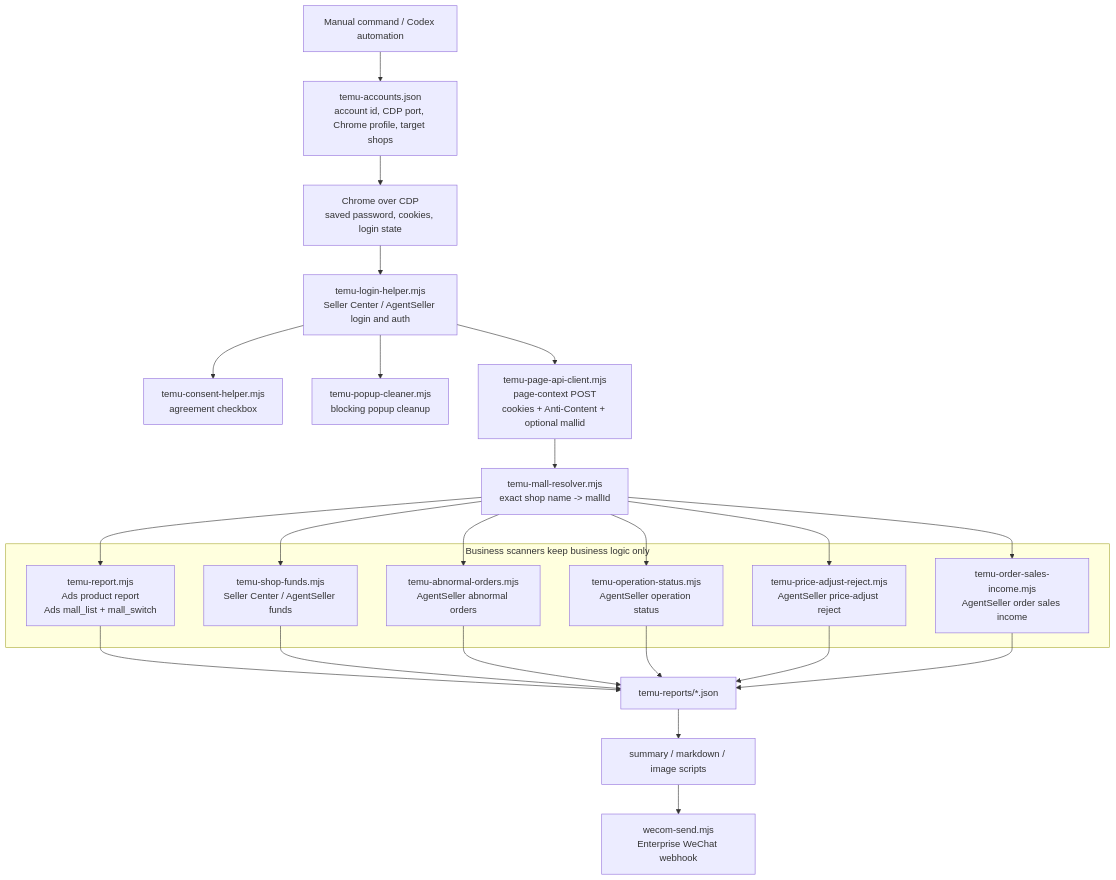
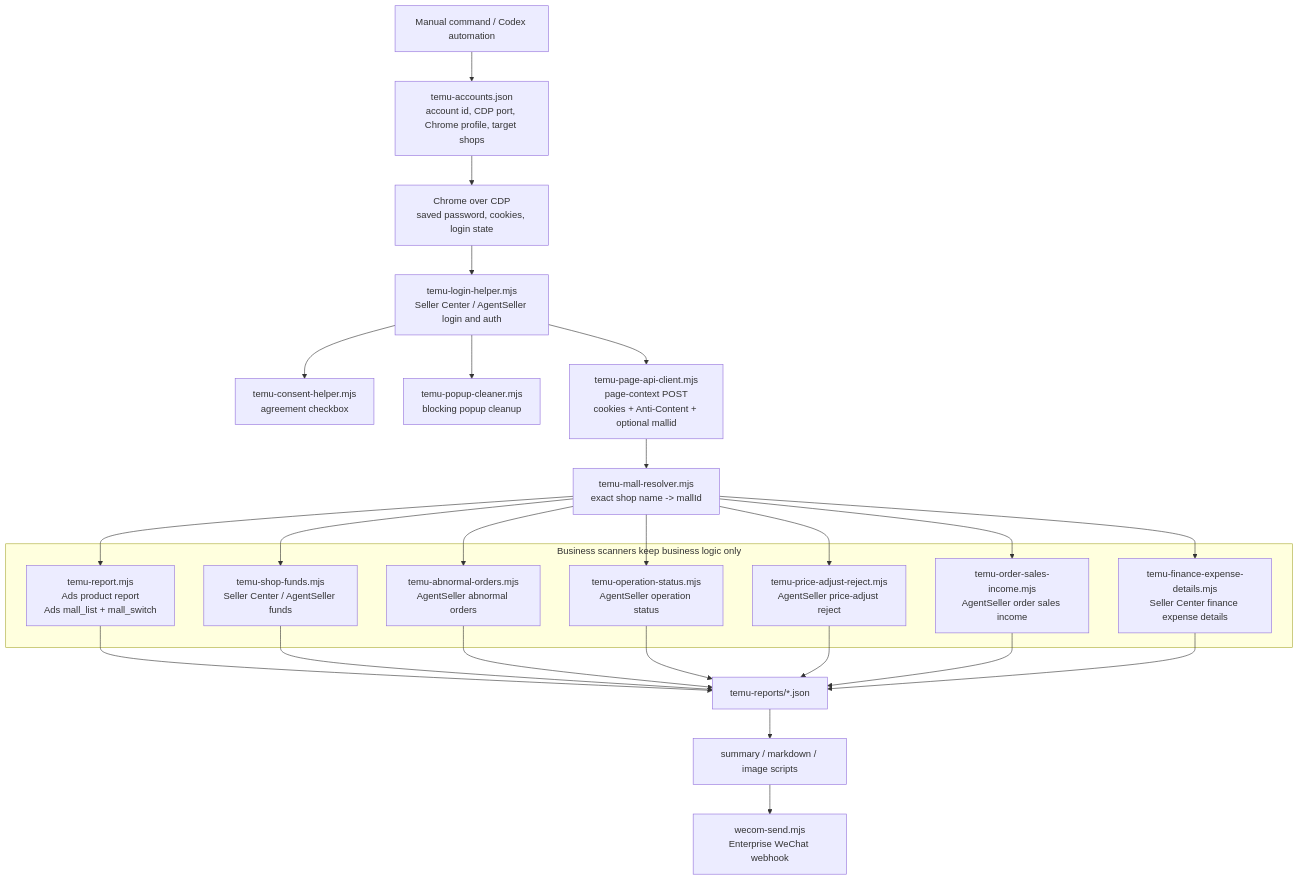
One commit to vurelee/ReportDaily changed the diagram in DEVELOPMENT_MEMORY.md. Above: the diagram before and after it, drawn with Mermaid. The commit also changed other lines of this file and 2 other files, not shown here.

````diff
--- a/DEVELOPMENT_MEMORY.md
+++ b/DEVELOPMENT_MEMORY.md
@@ -13,47 +13,50 @@
 ```mermaid
 flowchart TB
   Command["Manual command / Codex automation"]
   Config["temu-accounts.json<br/>account id, CDP port, Chrome profile, target shops"]
   CDP["Chrome over CDP<br/>saved password, cookies, login state"]
 
   Login["temu-login-helper.mjs<br/>Seller Center / AgentSeller login and auth"]
   Consent["temu-consent-helper.mjs<br/>agreement checkbox"]
   Popup["temu-popup-cleaner.mjs<br/>blocking popup cleanup"]
 
   PageApi["temu-page-api-client.mjs<br/>page-context POST<br/>cookies + Anti-Content + optional mallid"]
   MallResolver["temu-mall-resolver.mjs<br/>exact shop name -> mallId"]
 
   Command --> Config
   Config --> CDP
   CDP --> Login
   Login --> Consent
   Login --> Popup
   Login --> PageApi
   PageApi --> MallResolver
 
   subgraph BusinessScanners["Business scanners keep business logic only"]
     Product["temu-report.mjs<br/>Ads product report<br/>Ads mall_list + mall_switch"]
     Funds["temu-shop-funds.mjs<br/>Seller Center / AgentSeller funds"]
     Abnormal["temu-abnormal-orders.mjs<br/>AgentSeller abnormal orders"]
     Operation["temu-operation-status.mjs<br/>AgentSeller operation status"]
     Price["temu-price-adjust-reject.mjs<br/>AgentSeller price-adjust reject"]
     OrderIncome["temu-order-sales-income.mjs<br/>AgentSeller order sales income"]
+    FinanceExpense["temu-finance-expense-details.mjs<br/>Seller Center finance expense details"]
   end
 
   MallResolver --> Product
   MallResolver --> Funds
   MallResolver --> Abnormal
   MallResolver --> Operation
   MallResolver --> Price
   MallResolver --> OrderIncome
+  MallResolver --> FinanceExpense
 
   Product --> Reports["temu-reports/*.json"]
   Funds --> Reports
   Abnormal --> Reports
   Operation --> Reports
   Price --> Reports
   OrderIncome --> Reports
+  FinanceExpense --> Reports
 
   Reports --> Summary["summary / markdown / image scripts"]
   Summary --> WeCom["wecom-send.mjs<br/>Enterprise WeChat webhook"]
 ```
````
